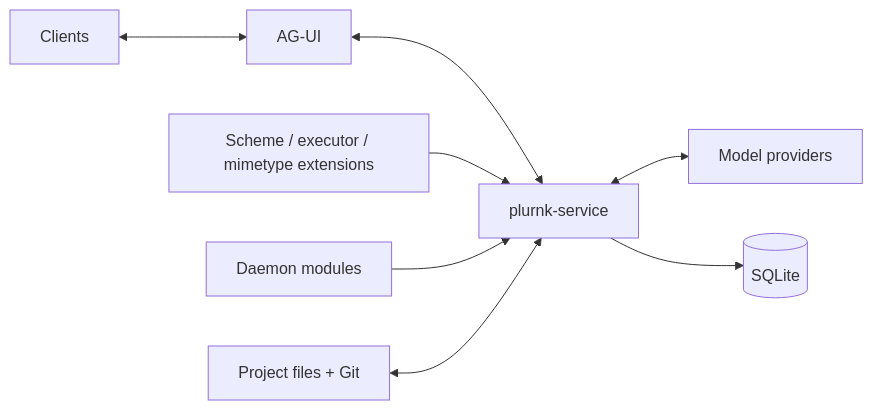
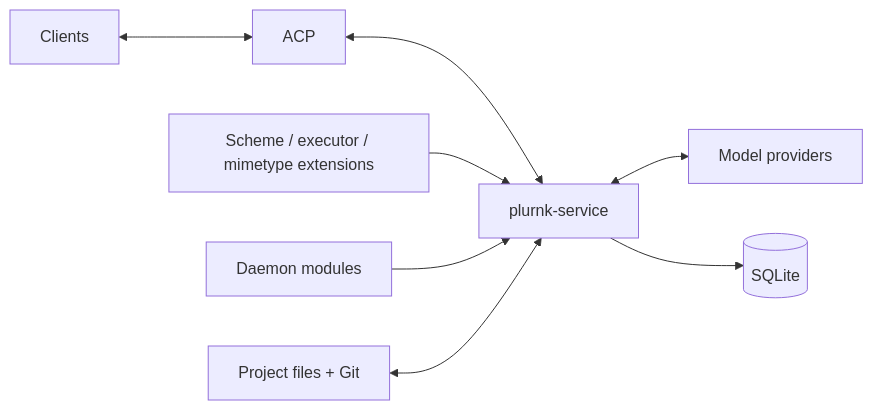
The diagram in README.md (plurnk/plurnk-service), drawn with Mermaid before and after one commit. The commit also changed other lines of this file and 278 other files, not shown here.

Commit message:
refactor(acp): complete client parity in plurnk-acp and retire plurnk-agui (#1232)

````diff
--- a/README.md
+++ b/README.md
@@ -21,10 +21,10 @@
 ```mermaid
 flowchart LR
-    clients["Clients"] <--> agui["AG-UI"]
-    agui <--> core["plurnk-service"]
+    clients["Clients"] <--> acp["ACP"]
+    acp <--> core["plurnk-service"]
     core <--> providers["Model providers"]
     extensions["Scheme / executor / mimetype extensions"] --> core
     modules["Daemon modules"] --> core
     project["Project files + Git"] <--> core
     core --> sqlite[(SQLite)]
 ```
````
